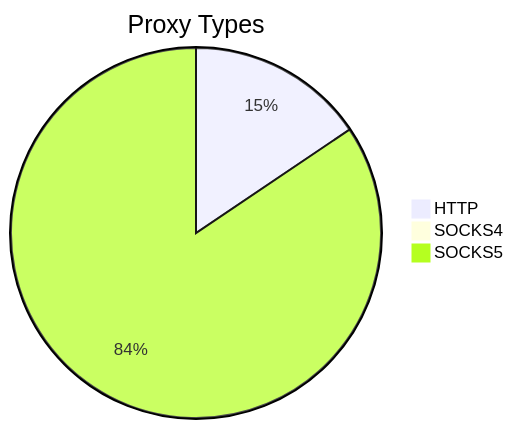
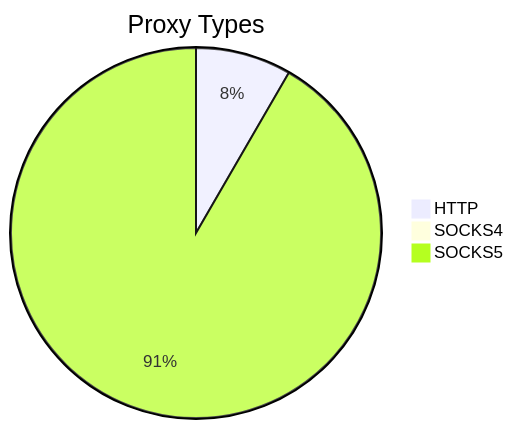
One commit to stormsia/proxy-list changed the first of 2 diagrams in README.md. Above: the diagram before and after it, drawn with Mermaid. The commit also changed other lines of this file, not shown here.

````diff
--- a/README.md
+++ b/README.md
@@ -21,6 +21,6 @@
 ```mermaid
 pie title Proxy Types
-    "HTTP" : 238
+    "HTTP" : 126
     "SOCKS4" : 12
-    "SOCKS5" : 1291
+    "SOCKS5" : 1382
 ```
````
